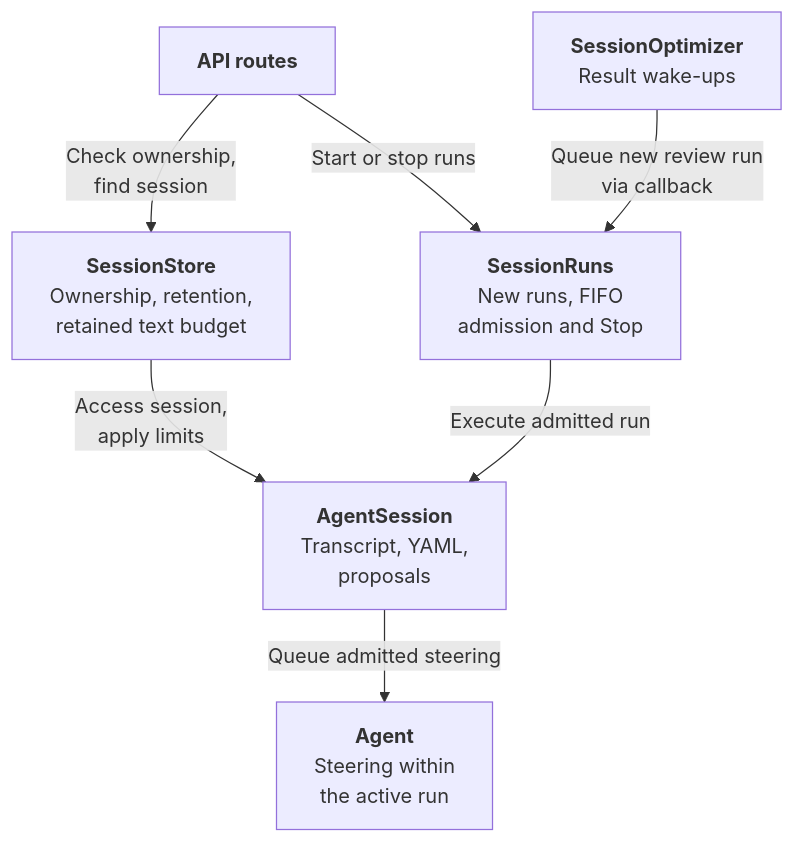
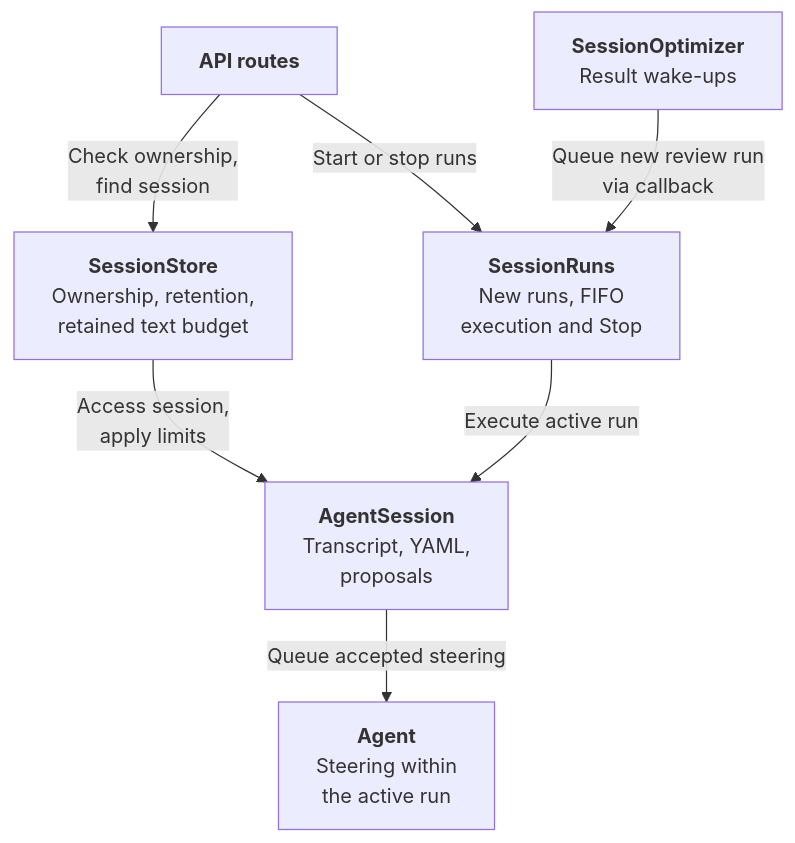
The third of 15 diagrams in docs/content/developer-guide/ai-assistant.md (j3soon/nurse-scheduling), drawn with Mermaid before and after one commit. The commit also changed other lines of this file and 1 other file, not shown here.

First line of the commit message:
docs(ai): clarify unified session events and diagrams

````diff
--- a/docs/content/developer-guide/ai-assistant.md
+++ b/docs/content/developer-guide/ai-assistant.md
@@ -132,17 +136,17 @@
 ```mermaid
 flowchart TB
     Routes[<b>API routes</b>]
     Store[<b>SessionStore</b><br/>Ownership, retention,<br/>retained text budget]
-    Queue[<b>SessionRuns</b><br/>New runs, FIFO<br/>admission and Stop]
+    Queue[<b>SessionRuns</b><br/>New runs, FIFO<br/>execution and Stop]
     Session[<b>AgentSession</b><br/>Transcript, YAML,<br/>proposals]
     Agent[<b>Agent</b><br/>Steering within<br/>the active run]
     Jobs[<b>SessionOptimizer</b><br/>Result wake-ups]
 
     Routes -->|Check ownership,<br/>find session| Store
     Store -->|Access session,<br/>apply limits| Session
     Routes -->|Start or stop runs| Queue
-    Queue -->|Execute admitted run| Session
-    Session -->|Queue admitted steering| Agent
+    Queue -->|Execute active run| Session
+    Session -->|Queue accepted steering| Agent
     Jobs -->|Queue new review run<br/>via callback| Queue
 
 ```
````
